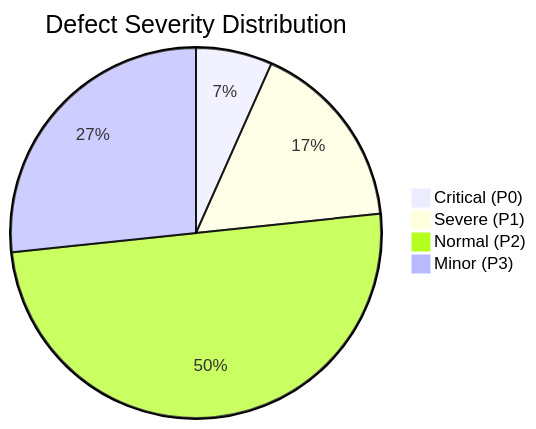
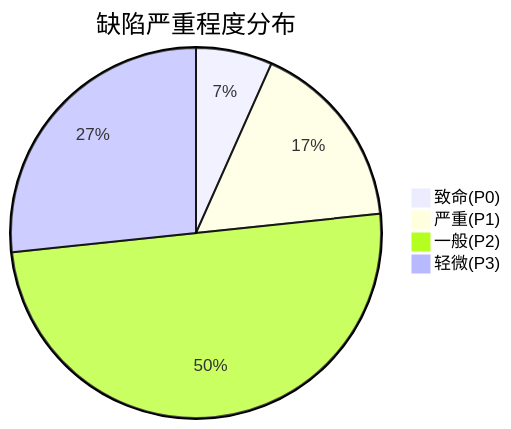
Before and after one commit to Kirky-X/cangjie: the third of 4 diagrams in templates/Product/Delivery/Template-Test-Report.md, drawn with Mermaid. The commit also changed other lines of this file and 33 other files, not shown here.

````diff
--- a/templates/Product/Delivery/Template-Test-Report.md
+++ b/templates/Product/Delivery/Template-Test-Report.md
@@ -216,7 +216,7 @@
 ```mermaid
-pie title Defect Severity Distribution
-    "Critical (P0)" : 2
-    "Severe (P1)" : 5
-    "Normal (P2)" : 15
-    "Minor (P3)" : 8
+pie title 缺陷严重程度分布
+    "致命(P0)" : 2
+    "严重(P1)" : 5
+    "一般(P2)" : 15
+    "轻微(P3)" : 8
 ```
````
